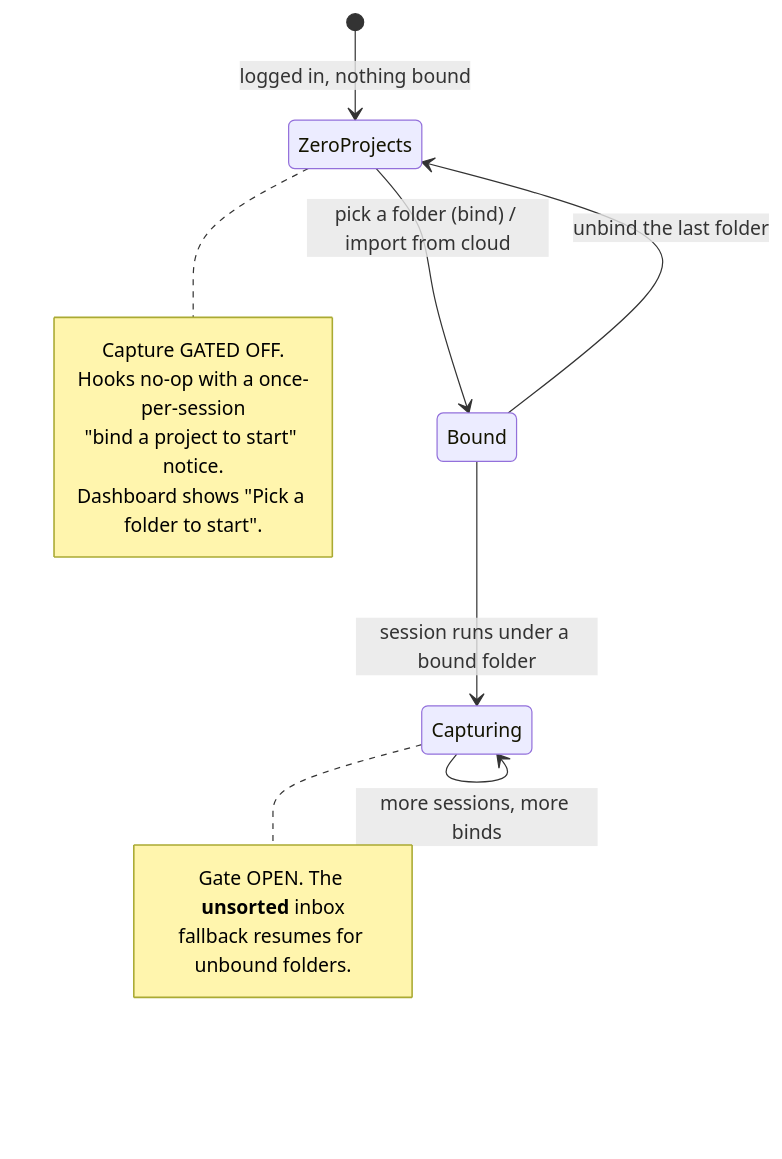
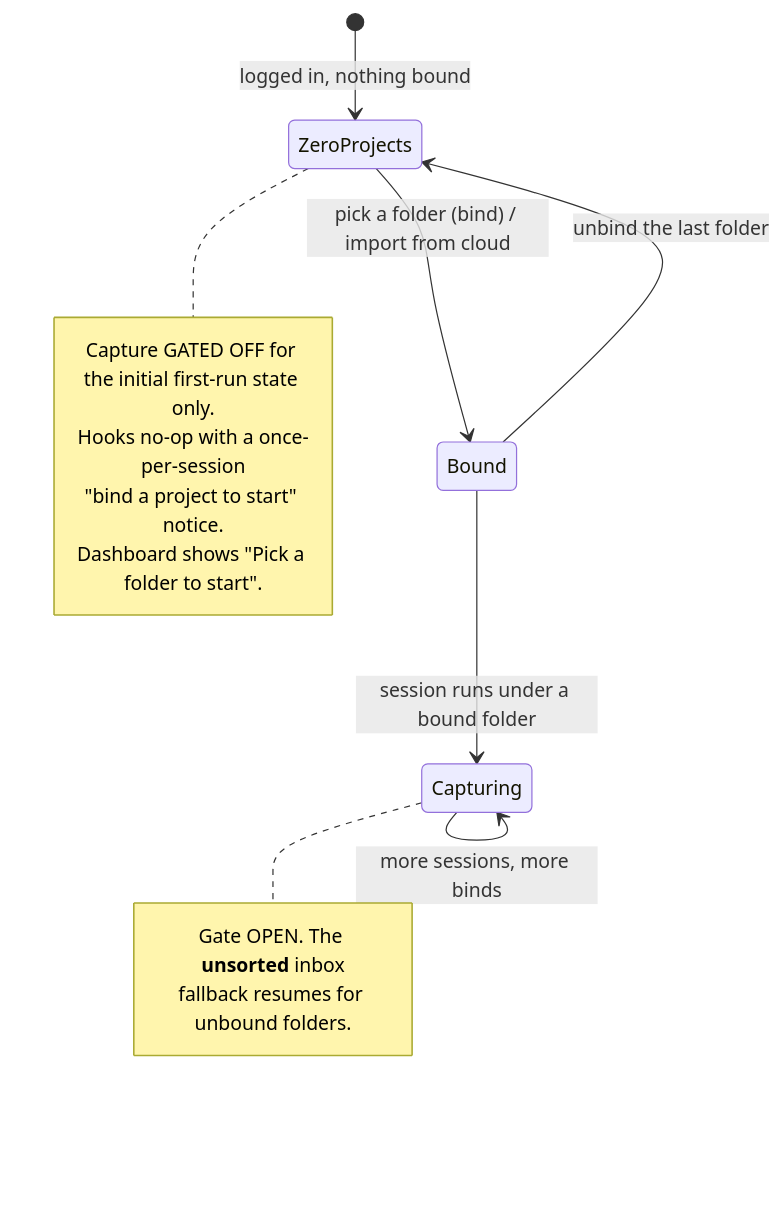
Before and after one commit to legioncodeinc/honeycomb: the first of 4 diagrams in library/knowledge/private/architecture/projects-onboarding-and-lifecycle.md, drawn with Mermaid. The commit also changed other lines of this file and 1 other file, not shown here.

Commit message:
docs: address CodeRabbit markdown nits on memory/onboarding docs
- memory-lifecycle-as-built: drop blank line inside opening blockquote (MD028)
- projects-onboarding: clarify ZeroProjects note is the initial first-run
  state only, so it no longer contradicts the sticky capture gate
- projects-onboarding: fix Cross-device import anchor to include the
  -prd-059d suffix so the fragment resolves (MD051)

````diff
--- a/library/knowledge/private/architecture/projects-onboarding-and-lifecycle.md
+++ b/library/knowledge/private/architecture/projects-onboarding-and-lifecycle.md
@@ -34,19 +34,19 @@
 ```mermaid
 stateDiagram-v2
     [*] --> ZeroProjects: logged in, nothing bound
     ZeroProjects --> Bound: pick a folder (bind) / import from cloud
     Bound --> Capturing: session runs under a bound folder
     Capturing --> Capturing: more sessions, more binds
     Bound --> ZeroProjects: unbind the last folder
 
     note right of ZeroProjects
-        Capture GATED OFF.
+        Capture GATED OFF for the initial first-run state only.
         Hooks no-op with a once-per-session
         "bind a project to start" notice.
         Dashboard shows "Pick a folder to start".
     end note
     note right of Capturing
         Gate OPEN. The __unsorted__ inbox
         fallback resumes for unbound folders.
     end note
 ```
````
